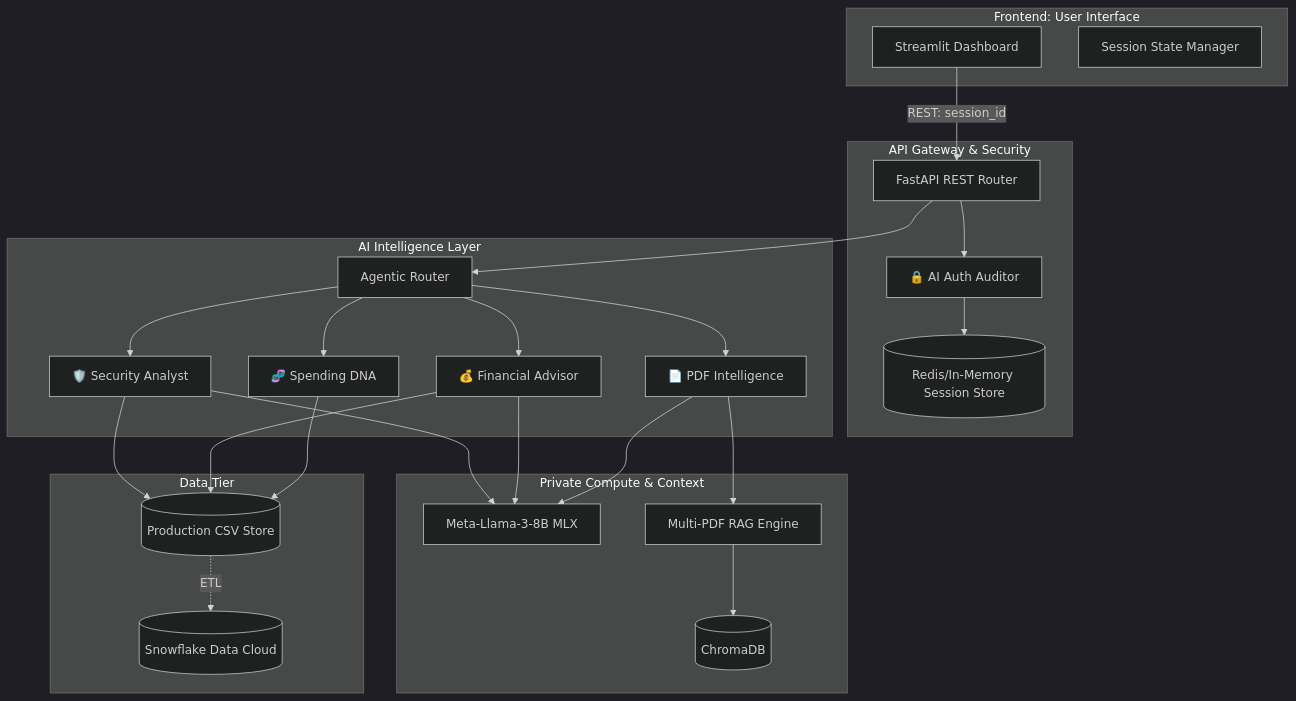
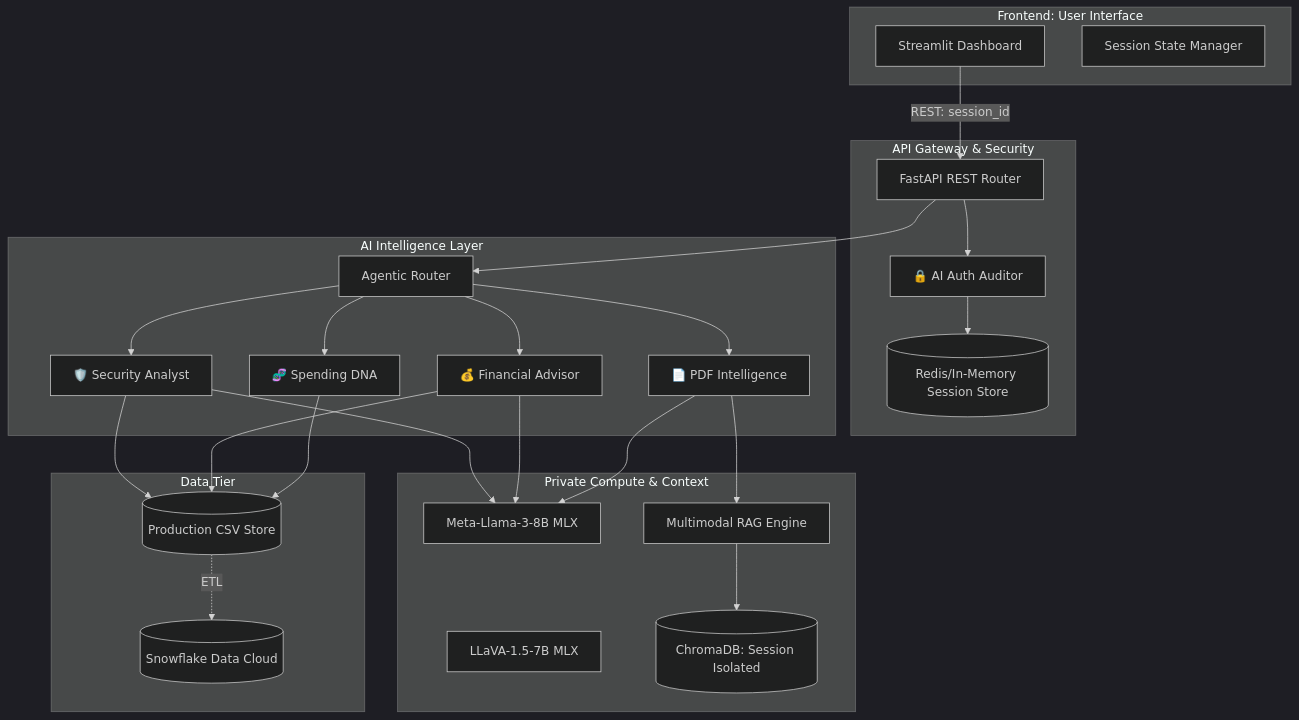
Before and after one commit to ladkrutarth/Hands-On-Week-4: the first of 5 diagrams in README.md, drawn with Mermaid (dark theme). The commit also changed other lines of this file and 5 other files, not shown here.

Commit message:
feat: implement session-isolated multimodal RAG with LLaVA vision support and UI enhancements

````diff
--- a/README.md
+++ b/README.md
@@ -42,43 +43,44 @@
 ```mermaid
 graph TD
     subgraph Client_Layer [Frontend: User Interface]
         UI[Streamlit Dashboard]
         Session[Session State Manager]
     end
 
     subgraph API_Gateway [API Gateway & Security]
         FastAPI[FastAPI REST Router]
         AuthA[🔒 AI Auth Auditor]
         SessionStore[(Redis/In-Memory Session Store)]
     end
 
     subgraph Intelligence_Orchestrator [AI Intelligence Layer]
         Router[Agentic Router]
         SecAgent[🛡️ Security Analyst]
         FinAgent[💰 Financial Advisor]
         PDFAgent[📄 PDF Intelligence]
         DNAAgent[🧬 Spending DNA]
     end
 
     subgraph Memory_Compute [Private Compute & Context]
         LLM[Meta-Llama-3-8B MLX]
-        RAG[Multi-PDF RAG Engine]
-        VectorDB[(ChromaDB)]
+        VisionLLM[LLaVA-1.5-7B MLX]
+        RAG[Multimodal RAG Engine]
+        VectorDB[(ChromaDB: Session Isolated)]
     end
 
     subgraph Persistence [Data Tier]
         Snowflake[(Snowflake Data Cloud)]
         LocalCSV[(Production CSV Store)]
     end
 
     UI -->|REST: session_id| FastAPI
     FastAPI --> AuthA
     AuthA --> SessionStore
     FastAPI --> Router
     Router --> SecAgent & FinAgent & PDFAgent & DNAAgent
     SecAgent & FinAgent & PDFAgent --> LLM
     PDFAgent --> RAG
     RAG --> VectorDB
     SecAgent & FinAgent & DNAAgent --> LocalCSV
     LocalCSV -.->|ETL| Snowflake
 ```
````
